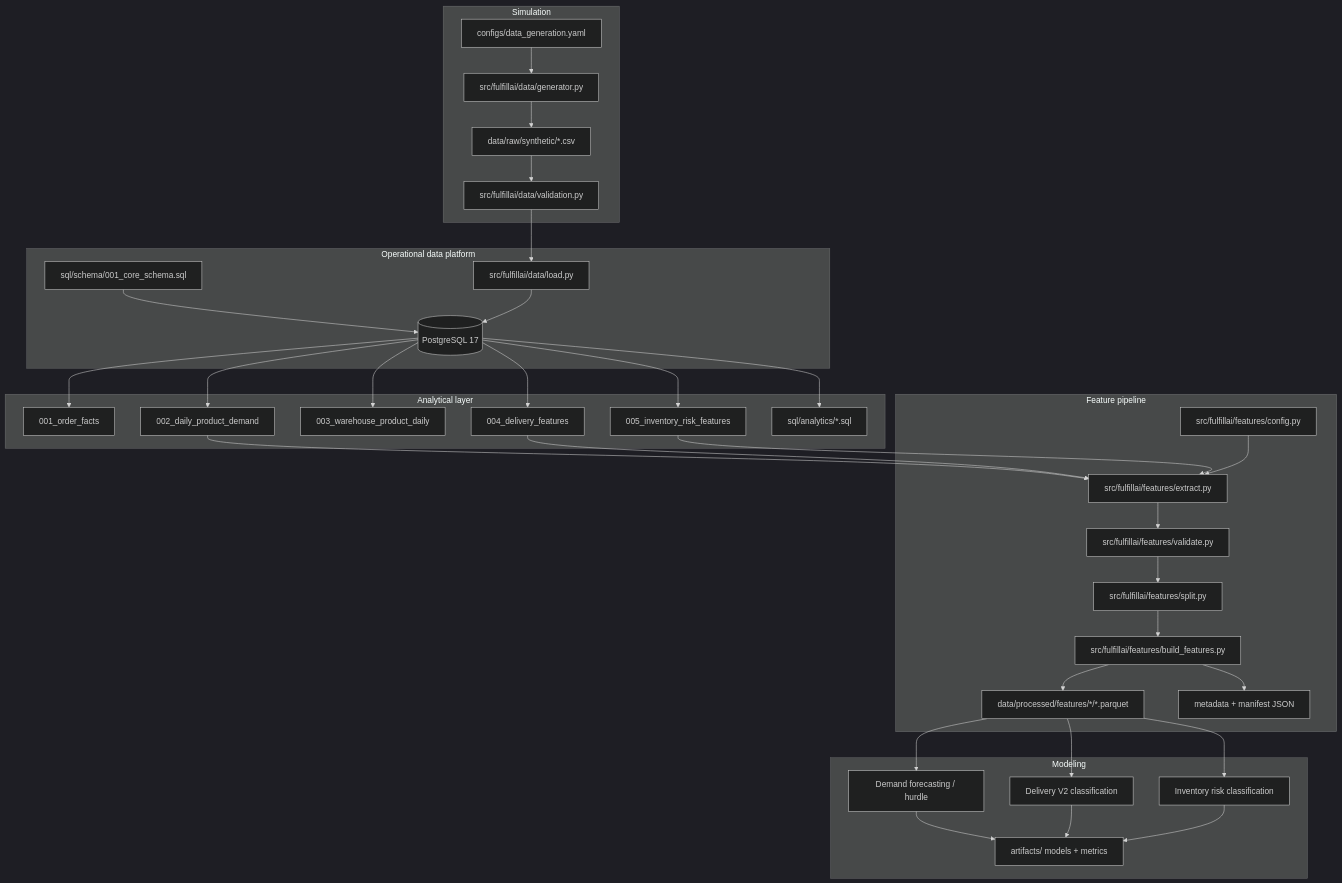
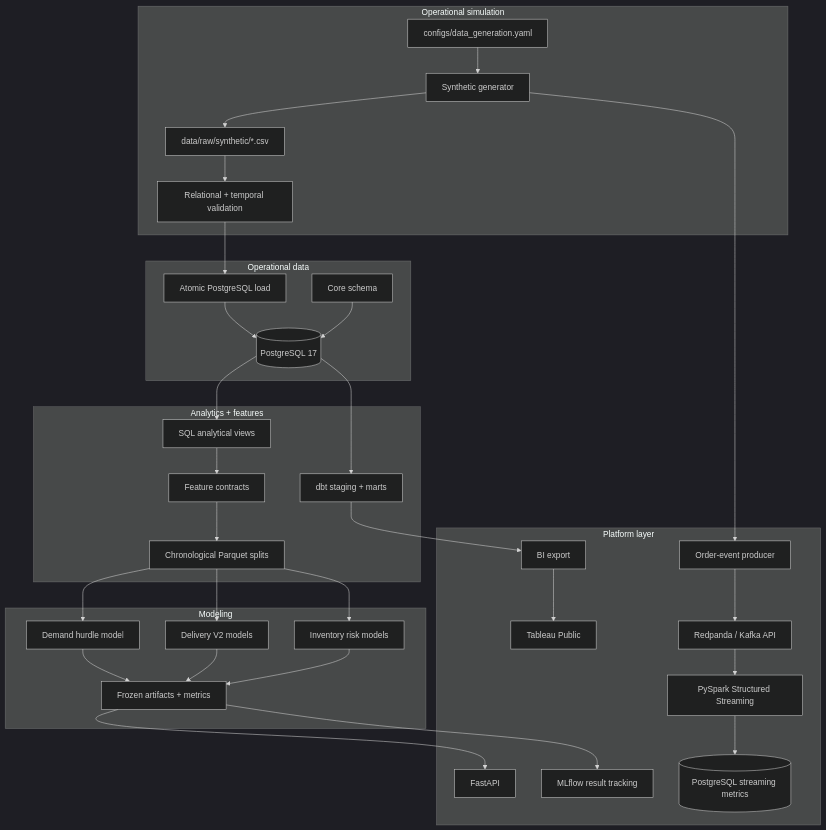
Before and after one commit to nikchey29/fulfillai: the first of 4 diagrams in docs/architecture.md, drawn with Mermaid (dark theme). The commit also changed other lines of this file and 18 other files, not shown here.

````diff
--- a/docs/architecture.md
+++ b/docs/architecture.md
@@ -7,62 +7,41 @@
 ```mermaid
 flowchart TB
-    subgraph S[Simulation]
-        C[configs/data_generation.yaml]
-        G[src/fulfillai/data/generator.py]
-        C --> G
-        G --> CSV[data/raw/synthetic/*.csv]
-        CSV --> DV[src/fulfillai/data/validation.py]
+    subgraph S[Operational simulation]
+        CFG[configs/data_generation.yaml] --> GEN[Synthetic generator]
+        GEN --> CSV[data/raw/synthetic/*.csv]
+        CSV --> VAL[Relational + temporal validation]
     end
 
-    subgraph DB[Operational data platform]
-        PG[(PostgreSQL 17)]
-        SCH[sql/schema/001_core_schema.sql]
-        LOAD[src/fulfillai/data/load.py]
-        SCH --> PG
-        DV --> LOAD --> PG
+    subgraph DB[Operational data]
+        VAL --> LOAD[Atomic PostgreSQL load]
+        SCH[Core schema] --> PG[(PostgreSQL 17)]
+        LOAD --> PG
     end
 
-    subgraph SQL[Analytical layer]
-        M1[001_order_facts]
-        M2[002_daily_product_demand]
-        M3[003_warehouse_product_daily]
-        M4[004_delivery_features]
-        M5[005_inventory_risk_features]
-        BI[sql/analytics/*.sql]
-        PG --> M1
-        PG --> M2
-        PG --> M3
-        PG --> M4
-        PG --> M5
-        PG --> BI
-    end
-
-    subgraph F[Feature pipeline]
-        FC[src/fulfillai/features/config.py]
-        EX[src/fulfillai/features/extract.py]
-        VA[src/fulfillai/features/validate.py]
-        SP[src/fulfillai/features/split.py]
-        BF[src/fulfillai/features/build_features.py]
-        PQ[data/processed/features/*/*.parquet]
-        META[metadata + manifest JSON]
-        M2 --> EX
-        M4 --> EX
-        M5 --> EX
-        FC --> EX --> VA --> SP --> BF
-        BF --> PQ
-        BF --> META
+    subgraph A[Analytics + features]
+        PG --> SQL[SQL analytical views]
+        PG --> DBT[dbt staging + marts]
+        SQL --> CONTRACT[Feature contracts]
+        CONTRACT --> PQ[Chronological Parquet splits]
     end
 
     subgraph ML[Modeling]
-        DMD[Demand forecasting / hurdle]
-        DEL[Delivery V2 classification]
-        INV[Inventory risk classification]
-        ART[artifacts/ models + metrics]
-        PQ --> DMD
-        PQ --> DEL
-        PQ --> INV
-        DMD --> ART
+        PQ --> DEM[Demand hurdle model]
+        PQ --> DEL[Delivery V2 models]
+        PQ --> INV[Inventory risk models]
+        DEM --> ART[Frozen artifacts + metrics]
         DEL --> ART
         INV --> ART
     end
+
+    subgraph P[Platform layer]
+        ART --> API[FastAPI]
+        ART --> MLF[MLflow result tracking]
+        GEN --> EVENTS[Order-event producer]
+        EVENTS --> RP[Redpanda / Kafka API]
+        RP --> SPARK[PySpark Structured Streaming]
+        SPARK --> SINK[(PostgreSQL streaming metrics)]
+        DBT --> BI[BI export]
+        BI --> TAB[Tableau Public]
+    end
 ```
````
